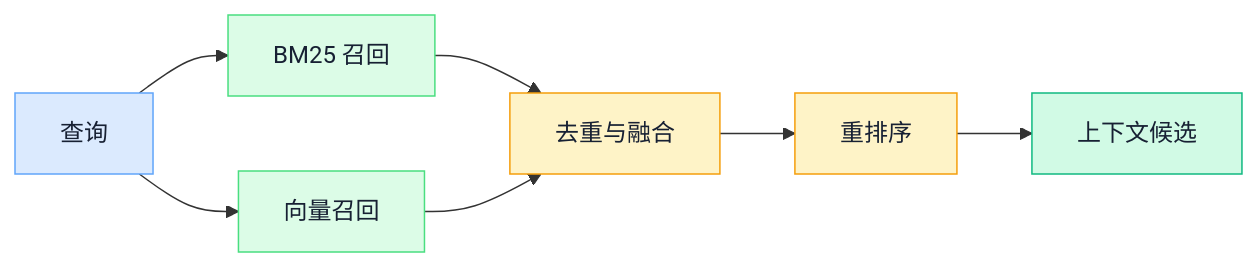
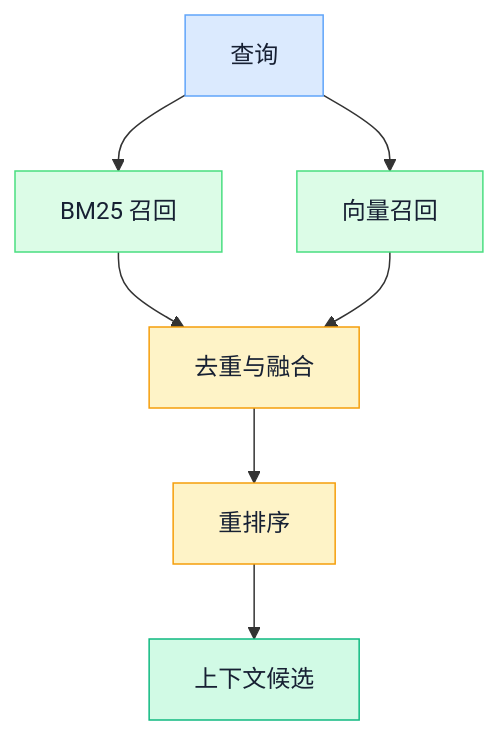
Before and after one commit to ink-hz/AI-Agent-Platform: the fourth of 4 diagrams in backend/app/ai_notes/content/04-ai-engineering/01-rag-retrieval-engineering.md, drawn with Mermaid. The commit also changed other lines of this file and 5 other files, not shown here.

Commit message:
docs: finalize AI notes diagram quality

````diff
--- a/backend/app/ai_notes/content/04-ai-engineering/01-rag-retrieval-engineering.md
+++ b/backend/app/ai_notes/content/04-ai-engineering/01-rag-retrieval-engineering.md
@@ -233,18 +234,18 @@
 ```mermaid
-flowchart LR
+flowchart TB
     Q[查询] --> B[BM25 召回]
     Q --> V[向量召回]
     B --> F[去重与融合]
     V --> F
     F --> R[重排序]
     R --> C[上下文候选]
 
     classDef input fill:#DBEAFE,stroke:#60A5FA,color:#172033;
     classDef policy fill:#FEF3C7,stroke:#F59E0B,color:#172033;
     classDef tool fill:#DCFCE7,stroke:#4ADE80,color:#172033;
     classDef success fill:#D1FAE5,stroke:#10B981,color:#172033;
     class Q input;
     class B,V tool;
     class F,R policy;
     class C success;
 ```
````
